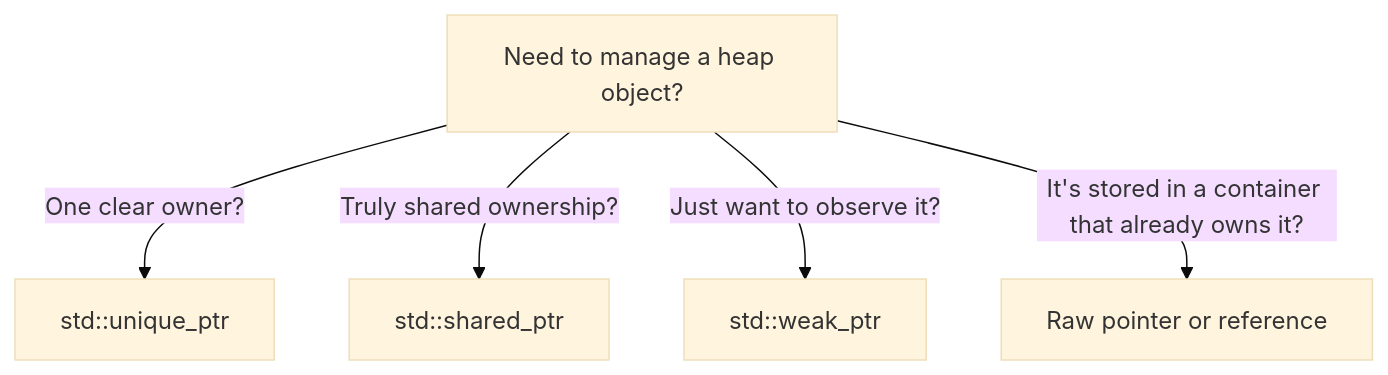
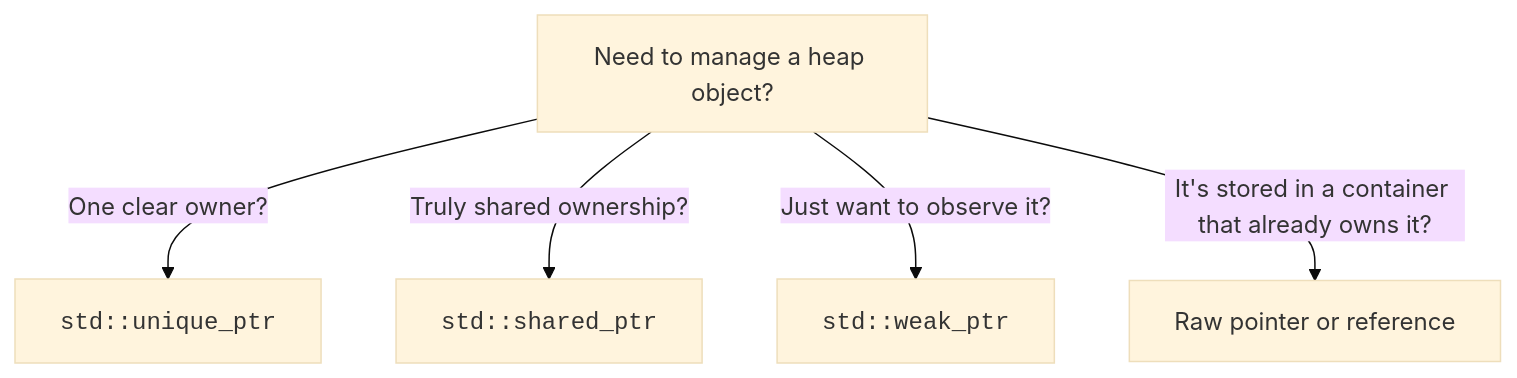
The third of 3 diagrams in content/learn/from-zero-to-cpp/smart-pointers.mdx (dataslope/dataslope), drawn with Mermaid (base theme) before and after one commit. The commit also changed other lines of this file and 153 other files, not shown here.

First line of the commit message:
Render code-only mermaid shapes in monospace; convert step sequences to Steps

````diff
--- a/content/learn/from-zero-to-cpp/smart-pointers.mdx
+++ b/content/learn/from-zero-to-cpp/smart-pointers.mdx
@@ -145,8 +145,8 @@
 ```mermaid
 flowchart TB
     Q[Need to manage a heap object?]
-    Q -- "One clear owner?" --> U[std::unique_ptr]
-    Q -- "Truly shared ownership?" --> S[std::shared_ptr]
-    Q -- "Just want to observe it?" --> W[std::weak_ptr]
+    Q -- "One clear owner?" --> U["<code>std::unique_ptr</code>"]
+    Q -- "Truly shared ownership?" --> S["<code>std::shared_ptr</code>"]
+    Q -- "Just want to observe it?" --> W["<code>std::weak_ptr</code>"]
     Q -- "It's stored in a container that already owns it?" --> R[Raw pointer or reference]
 ```
````
